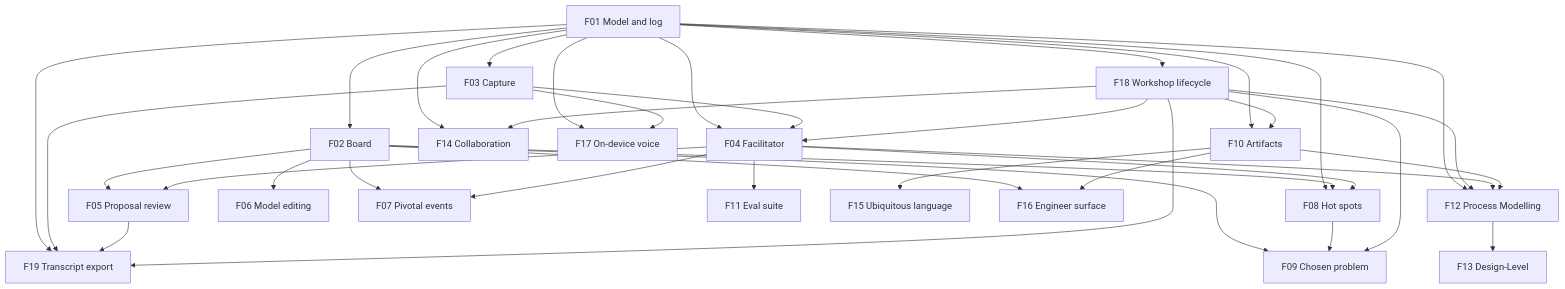
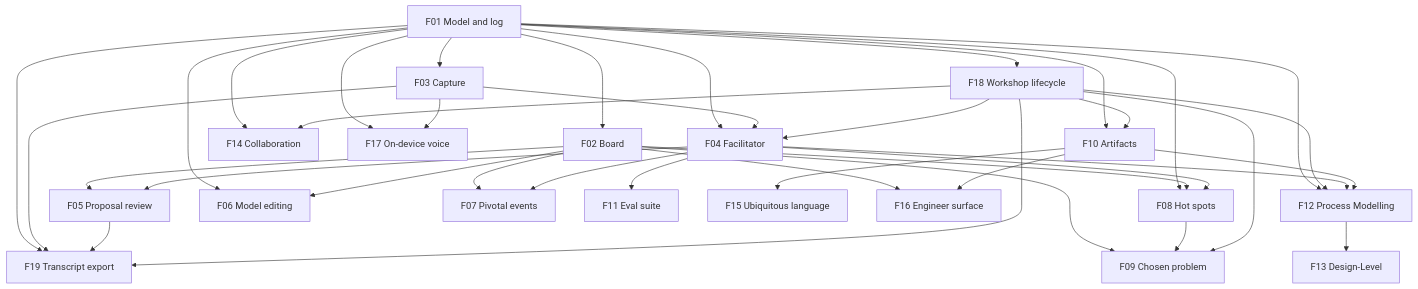
Before and after one commit to vinialbano/eventstormer: the diagram in docs/product/PRD.md, drawn with Mermaid. The commit also changed other lines of this file and 1 other file, not shown here.

First line of the commit message:
docs: reconcile PRD with settled architecture-map decisions (#36)

````diff
--- a/docs/product/PRD.md
+++ b/docs/product/PRD.md
@@ -699,39 +699,40 @@
 ```mermaid
 graph TD
   F01[F01 Model and log] --> F02[F02 Board]
   F01 --> F03[F03 Capture]
   F01 --> F18[F18 Workshop lifecycle]
   F01 --> F04[F04 Facilitator]
   F03 --> F04
   F18 --> F04
   F01 --> F08[F08 Hot spots]
   F01 --> F10[F10 Artifacts]
   F18 --> F10
   F01 --> F12[F12 Process Modelling]
   F18 --> F12
   F01 --> F14[F14 Collaboration]
   F18 --> F14
   F02 --> F05[F05 Proposal review]
   F04 --> F05
-  F02 --> F06[F06 Model editing]
+  F01 --> F06[F06 Model editing]
+  F02 --> F06
   F02 --> F07[F07 Pivotal events]
   F04 --> F07
   F02 --> F08
   F04 --> F08
   F02 --> F09[F09 Chosen problem]
   F08 --> F09
   F18 --> F09
   F04 --> F11[F11 Eval suite]
   F04 --> F12
   F10 --> F12
   F12 --> F13[F13 Design-Level]
   F10 --> F15[F15 Ubiquitous language]
   F02 --> F16[F16 Engineer surface]
   F10 --> F16
   F01 --> F17[F17 On-device voice]
   F03 --> F17
   F01 --> F19[F19 Transcript export]
   F03 --> F19
   F05 --> F19
   F18 --> F19
 ```
````
